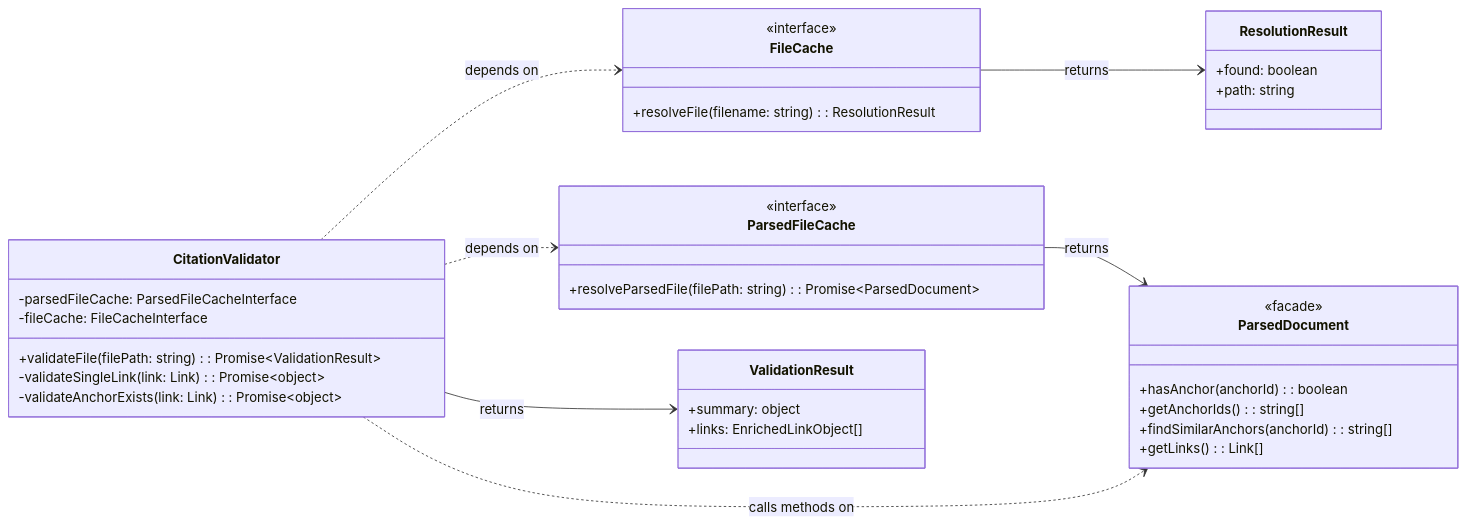
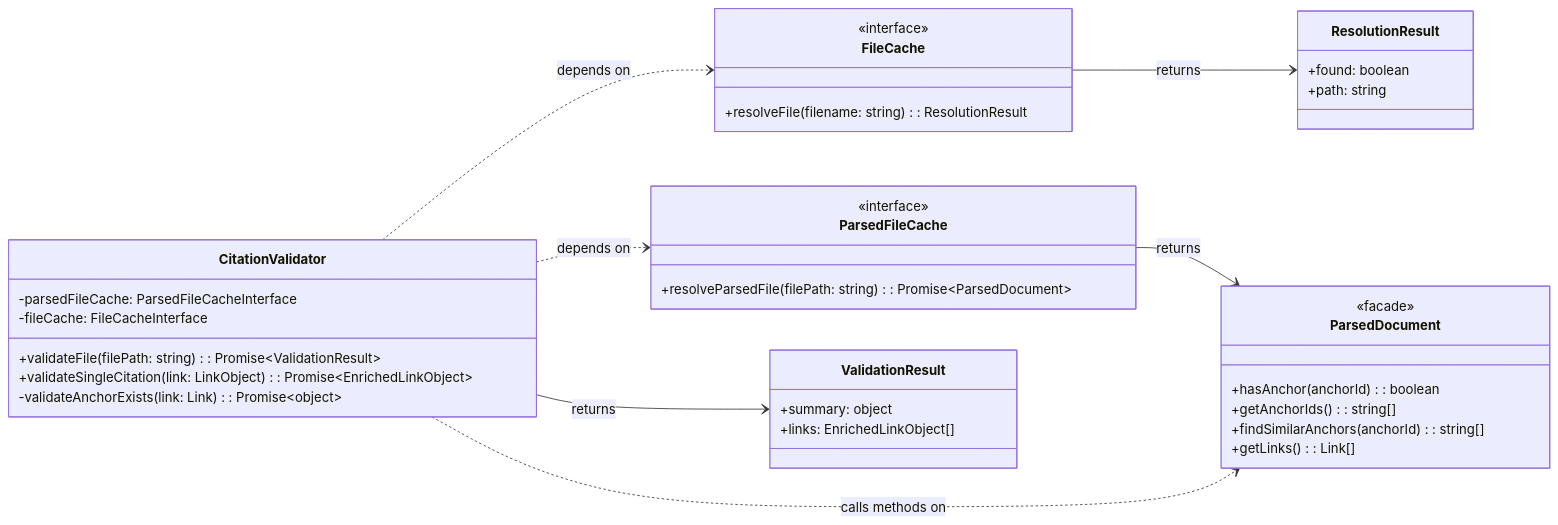
The diagram in tools/citation-manager/design-docs/component-guides/CitationValidator Implementation Guide.md (WesleyMFrederick/cc-workflows), drawn with Mermaid before and after one commit. The commit also changed other lines of this file and 55 other files, not shown here.

````diff
--- a/tools/citation-manager/design-docs/component-guides/CitationValidator Implementation Guide.md
+++ b/tools/citation-manager/design-docs/component-guides/CitationValidator Implementation Guide.md
@@ -19,54 +19,54 @@
 ```mermaid
 classDiagram
     direction LR
-  
+
     class CitationValidator {
         -parsedFileCache: ParsedFileCacheInterface
         -fileCache: FileCacheInterface
         +validateFile(filePath: string): Promise~ValidationResult~
-        -validateSingleLink(link: Link): Promise~object~
+        +validateSingleCitation(link: LinkObject): Promise~EnrichedLinkObject~
         -validateAnchorExists(link: Link): Promise~object~
     }
 
     
     
     class FileCache {
         <<interface>>
         +resolveFile(filename: string): ResolutionResult
     }
     
   class ResolutionResult {
       +found: boolean
       +path: string
     }    
     
   class ParsedFileCache {
         <<interface>>
         +resolveParsedFile(filePath: string): Promise~ParsedDocument~
     }
       
   class ParsedDocument {
         <<facade>>
         +hasAnchor(anchorId): boolean
         +getAnchorIds(): string[]
         +findSimilarAnchors(anchorId): string[]
         +getLinks(): Link[]
     }
     
     class ValidationResult {
         +summary: object
         +links: EnrichedLinkObject[]
     }
   
   CitationValidator ..> FileCache : depends on
   FileCache --> ResolutionResult : returns
   
     CitationValidator ..> ParsedFileCache : depends on
     ParsedFileCache --> ParsedDocument : returns
     
     CitationValidator ..> ParsedDocument : calls methods on
     
     CitationValidator --> ValidationResult : returns
     
     
 ```
````
